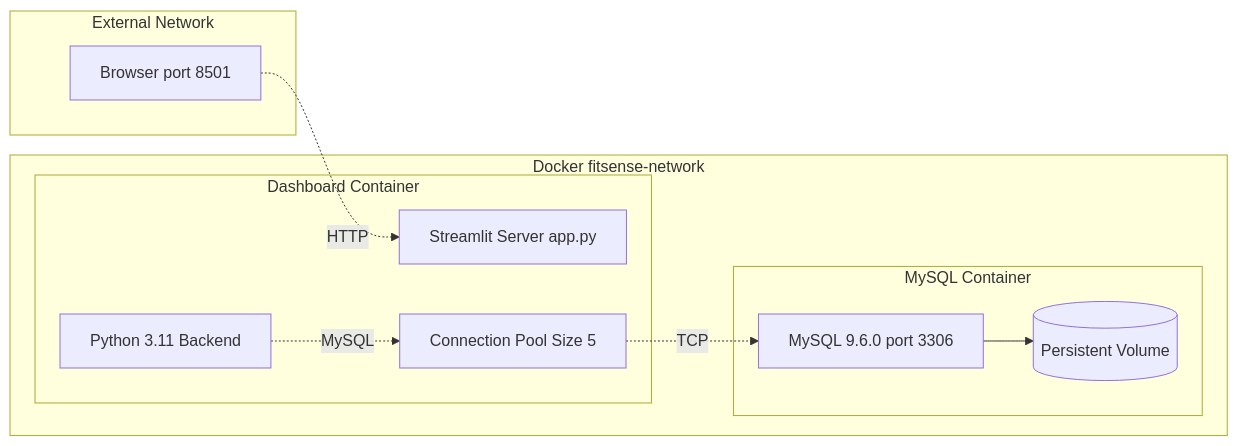
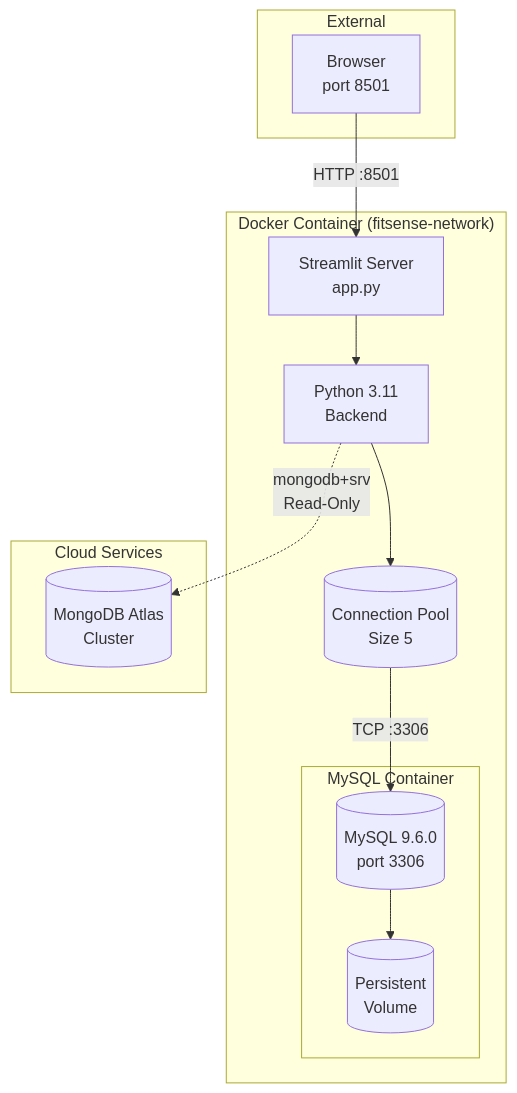
One commit to abhinavdev24/dma-project-fitsense-ai changed the third of 7 diagrams in README.md. Above: the diagram before and after it, drawn with Mermaid. The commit also changed other lines of this file and 22 other files, not shown here.

````diff
--- a/README.md
+++ b/README.md
@@ -281,24 +330,28 @@
 ```mermaid
-graph LR
-    subgraph External["External Network"]
-        Browser[Browser port 8501]
+graph TB
+    subgraph External["External"]
+        Browser[Browser<br/>port 8501]
     end
 
-    subgraph Docker["Docker fitsense-network"]
-        subgraph Dashboard["Dashboard Container"]
-            Streamlit[Streamlit Server app.py]
-            Python[Python 3.11 Backend]
-            Pool[Connection Pool Size 5]
-        end
+    subgraph Docker["Docker Container (fitsense-network)"]
+        Streamlit[Streamlit Server<br/>app.py]
+        Python[Python 3.11<br/>Backend]
+        Pool[(Connection Pool<br/>Size 5)]
 
-        subgraph Database["MySQL Container"]
-            MySQL[MySQL 9.6.0 port 3306]
-            Data[(Persistent Volume)]
+        subgraph MySQL["MySQL Container"]
+            MySQLDB[(MySQL 9.6.0<br/>port 3306)]
+            MySQLVol[(Persistent<br/>Volume)]
         end
     end
 
-    Browser -.->|HTTP| Streamlit
-    Python -.->|MySQL| Pool
-    Pool -.->|TCP| MySQL
-    MySQL --> Data
+    subgraph Cloud["Cloud Services"]
+        MongoDB[(MongoDB Atlas<br/>Cluster)]
+    end
+
+    Browser -->|HTTP :8501| Streamlit
+    Streamlit --> Python
+    Python --> Pool
+    Pool -->|TCP :3306| MySQLDB
+    MySQLDB --> MySQLVol
+    Python -.->|mongodb+srv<br/>Read-Only| MongoDB
 ```
````
